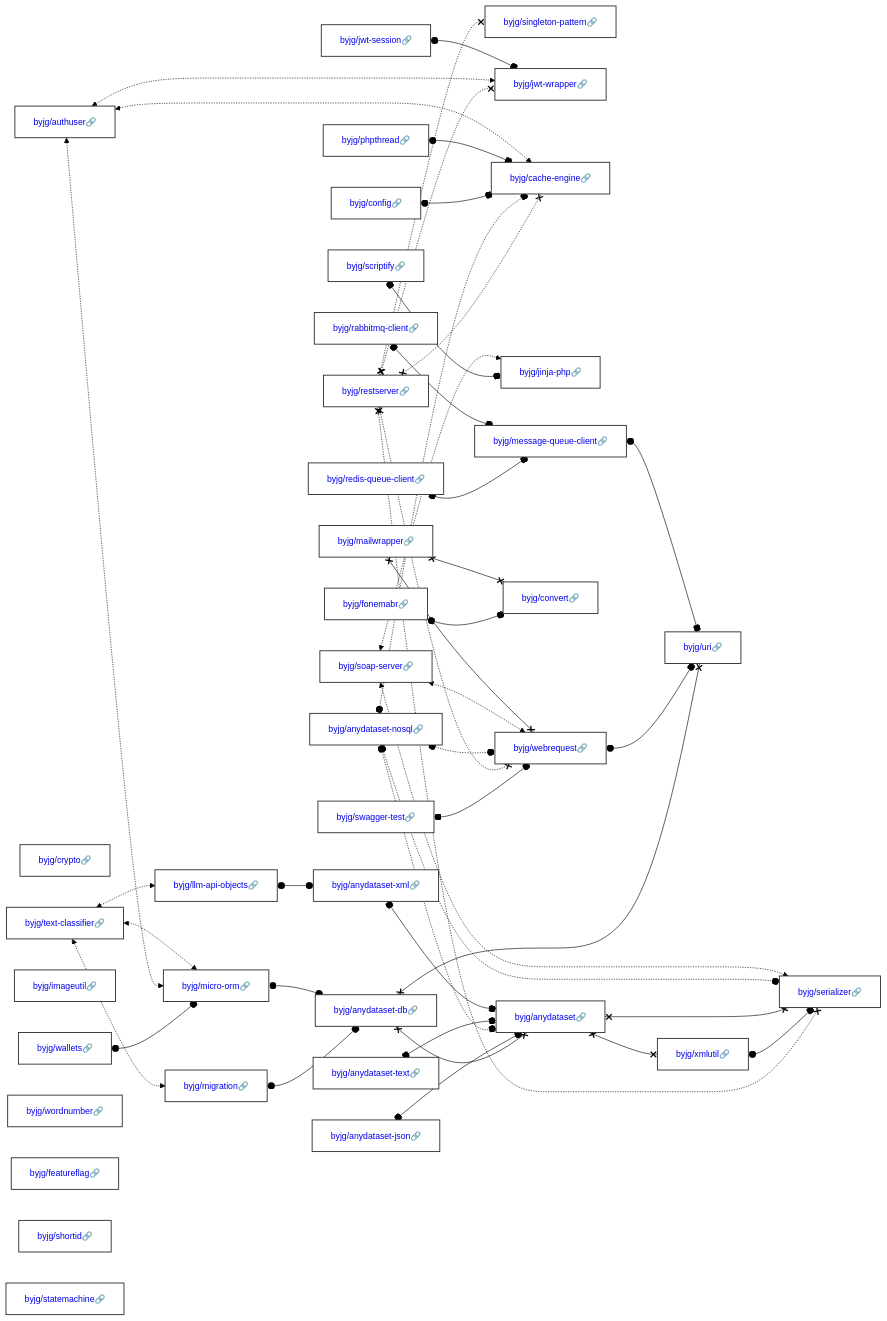
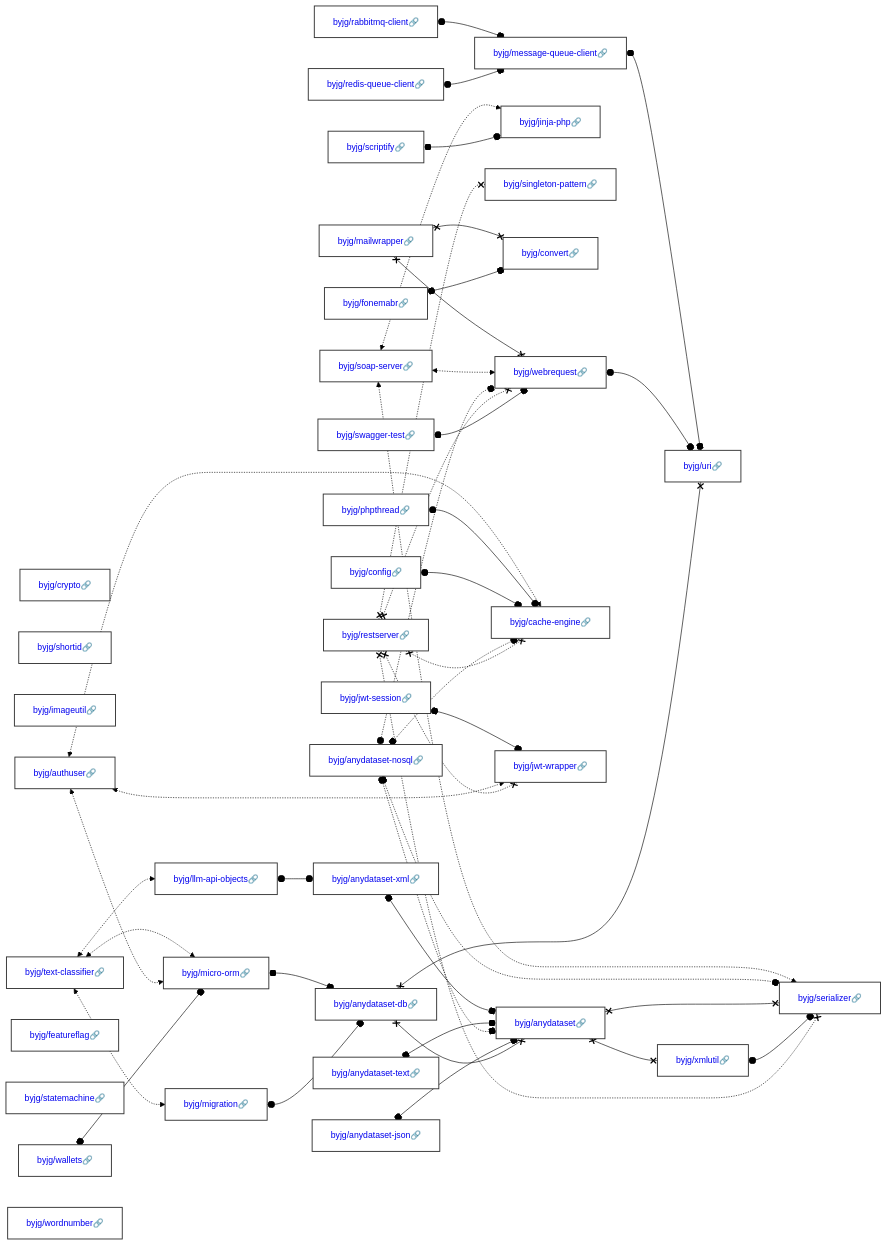
The diagram in docs/php/README.md (byjg/byjg.github.io), drawn with Mermaid (forest theme) before and after one commit. The commit also changed other lines of this file, not shown here.

Commit message:
Update documentation 'php' 'php-gluo-core'

````diff
--- a/docs/php/README.md
+++ b/docs/php/README.md
@@ -3,38 +3,38 @@
 ```mermaid
 graph LR;
+  byjg/crypto[<a href='https://opensource.byjg.com/docs/php/crypto' style='text-decoration:none'>byjg/crypto🔗</a>];
+  byjg/phpthread[<a href='https://opensource.byjg.com/docs/php/phpthread' style='text-decoration:none'>byjg/phpthread🔗</a>];
+  byjg/swagger-test[<a href='https://opensource.byjg.com/docs/php/swagger-test' style='text-decoration:none'>byjg/swagger-test🔗</a>];
+  byjg/anydataset-nosql[<a href='https://opensource.byjg.com/docs/php/anydataset-nosql' style='text-decoration:none'>byjg/anydataset-nosql🔗</a>];
+  byjg/scriptify[<a href='https://opensource.byjg.com/docs/php/scriptify' style='text-decoration:none'>byjg/scriptify🔗</a>];
+  byjg/rabbitmq-client[<a href='https://opensource.byjg.com/docs/php/rabbitmq-client' style='text-decoration:none'>byjg/rabbitmq-client🔗</a>];
+  byjg/shortid[<a href='https://opensource.byjg.com/docs/php/shortid' style='text-decoration:none'>byjg/shortid🔗</a>];
+  byjg/anydataset-json[<a href='https://opensource.byjg.com/docs/php/anydataset-json' style='text-decoration:none'>byjg/anydataset-json🔗</a>];
+  byjg/redis-queue-client[<a href='https://opensource.byjg.com/docs/php/redis-queue-client' style='text-decoration:none'>byjg/redis-queue-client🔗</a>];
+  byjg/config[<a href='https://opensource.byjg.com/docs/php/config' style='text-decoration:none'>byjg/config🔗</a>];
+  byjg/imageutil[<a href='https://opensource.byjg.com/docs/php/imageutil' style='text-decoration:none'>byjg/imageutil🔗</a>];
+  byjg/anydataset-text[<a href='https://opensource.byjg.com/docs/php/anydataset-text' style='text-decoration:none'>byjg/anydataset-text🔗</a>];
+  byjg/soap-server[<a href='https://opensource.byjg.com/docs/php/soap-server' style='text-decoration:none'>byjg/soap-server🔗</a>];
   byjg/restserver[<a href='https://opensource.byjg.com/docs/php/restserver' style='text-decoration:none'>byjg/restserver🔗</a>];
-  byjg/anydataset-text[<a href='https://opensource.byjg.com/docs/php/anydataset-text' style='text-decoration:none'>byjg/anydataset-text🔗</a>];
+  byjg/wallets[<a href='https://opensource.byjg.com/docs/php/wallets' style='text-decoration:none'>byjg/wallets🔗</a>];
+  byjg/text-classifier[<a href='https://opensource.byjg.com/docs/php/text-classifier' style='text-decoration:none'>byjg/text-classifier🔗</a>];
   byjg/jwt-session[<a href='https://opensource.byjg.com/docs/php/jwt-session' style='text-decoration:none'>byjg/jwt-session🔗</a>];
-  byjg/wallets[<a href='https://opensource.byjg.com/docs/php/wallets' style='text-decoration:none'>byjg/wallets🔗</a>];
-  byjg/crypto[<a href='https://opensource.byjg.com/docs/php/crypto' style='text-decoration:none'>byjg/crypto🔗</a>];
-  byjg/rabbitmq-client[<a href='https://opensource.byjg.com/docs/php/rabbitmq-client' style='text-decoration:none'>byjg/rabbitmq-client🔗</a>];
-  byjg/text-classifier[<a href='https://opensource.byjg.com/docs/php/text-classifier' style='text-decoration:none'>byjg/text-classifier🔗</a>];
-  byjg/imageutil[<a href='https://opensource.byjg.com/docs/php/imageutil' style='text-decoration:none'>byjg/imageutil🔗</a>];
+  byjg/featureflag[<a href='https://opensource.byjg.com/docs/php/featureflag' style='text-decoration:none'>byjg/featureflag🔗</a>];
+  byjg/fonemabr[<a href='https://opensource.byjg.com/docs/php/fonemabr' style='text-decoration:none'>byjg/fonemabr🔗</a>];
+  byjg/mailwrapper[<a href='https://opensource.byjg.com/docs/php/mailwrapper' style='text-decoration:none'>byjg/mailwrapper🔗</a>];
+  byjg/statemachine[<a href='https://opensource.byjg.com/docs/php/statemachine' style='text-decoration:none'>byjg/statemachine🔗</a>];
   byjg/authuser[<a href='https://opensource.byjg.com/docs/php/authuser' style='text-decoration:none'>byjg/authuser🔗</a>];
-  byjg/anydataset-nosql[<a href='https://opensource.byjg.com/docs/php/anydataset-nosql' style='text-decoration:none'>byjg/anydataset-nosql🔗</a>];
   byjg/wordnumber[<a href='https://opensource.byjg.com/docs/php/wordnumber' style='text-decoration:none'>byjg/wordnumber🔗</a>];
-  byjg/swagger-test[<a href='https://opensource.byjg.com/docs/php/swagger-test' style='text-decoration:none'>byjg/swagger-test🔗</a>];
-  byjg/fonemabr[<a href='https://opensource.byjg.com/docs/php/fonemabr' style='text-decoration:none'>byjg/fonemabr🔗</a>];
-  byjg/featureflag[<a href='https://opensource.byjg.com/docs/php/featureflag' style='text-decoration:none'>byjg/featureflag🔗</a>];
-  byjg/phpthread[<a href='https://opensource.byjg.com/docs/php/phpthread' style='text-decoration:none'>byjg/phpthread🔗</a>];
-  byjg/anydataset-json[<a href='https://opensource.byjg.com/docs/php/anydataset-json' style='text-decoration:none'>byjg/anydataset-json🔗</a>];
-  byjg/scriptify[<a href='https://opensource.byjg.com/docs/php/scriptify' style='text-decoration:none'>byjg/scriptify🔗</a>];
-  byjg/config[<a href='https://opensource.byjg.com/docs/php/config' style='text-decoration:none'>byjg/config🔗</a>];
-  byjg/shortid[<a href='https://opensource.byjg.com/docs/php/shortid' style='text-decoration:none'>byjg/shortid🔗</a>];
-  byjg/soap-server[<a href='https://opensource.byjg.com/docs/php/soap-server' style='text-decoration:none'>byjg/soap-server🔗</a>];
-  byjg/statemachine[<a href='https://opensource.byjg.com/docs/php/statemachine' style='text-decoration:none'>byjg/statemachine🔗</a>];
-  byjg/redis-queue-client[<a href='https://opensource.byjg.com/docs/php/redis-queue-client' style='text-decoration:none'>byjg/redis-queue-client🔗</a>];
-  byjg/mailwrapper[<a href='https://opensource.byjg.com/docs/php/mailwrapper' style='text-decoration:none'>byjg/mailwrapper🔗</a>];
+  byjg/message-queue-client[<a href='https://opensource.byjg.com/docs/php/message-queue-client' style='text-decoration:none'>byjg/message-queue-client🔗</a>];
+  byjg/jinja-php[<a href='https://opensource.byjg.com/docs/php/jinja-php' style='text-decoration:none'>byjg/jinja-php🔗</a>];
   byjg/singleton-pattern[<a href='https://opensource.byjg.com/docs/php/singleton-pattern' style='text-decoration:none'>byjg/singleton-pattern🔗</a>];
   byjg/migration[<a href='https://opensource.byjg.com/docs/php/migration' style='text-decoration:none'>byjg/migration🔗</a>];
   byjg/llm-api-objects[<a href='https://opensource.byjg.com/docs/php/llm-api-objects' style='text-decoration:none'>byjg/llm-api-objects🔗</a>];
-  byjg/micro-orm[<a href='https://opensource.byjg.com/docs/php/micro-orm' style='text-decoration:none'>byjg/micro-orm🔗</a>];
-  byjg/jwt-wrapper[<a href='https://opensource.byjg.com/docs/php/jwt-wrapper' style='text-decoration:none'>byjg/jwt-wrapper🔗</a>];
-  byjg/cache-engine[<a href='https://opensource.byjg.com/docs/php/cache-engine' style='text-decoration:none'>byjg/cache-engine🔗</a>];
-  byjg/jinja-php[<a href='https://opensource.byjg.com/docs/php/jinja-php' style='text-decoration:none'>byjg/jinja-php🔗</a>];
-  byjg/message-queue-client[<a href='https://opensource.byjg.com/docs/php/message-queue-client' style='text-decoration:none'>byjg/message-queue-client🔗</a>];
   byjg/convert[<a href='https://opensource.byjg.com/docs/php/convert' style='text-decoration:none'>byjg/convert🔗</a>];
   byjg/webrequest[<a href='https://opensource.byjg.com/docs/php/webrequest' style='text-decoration:none'>byjg/webrequest🔗</a>];
+  byjg/micro-orm[<a href='https://opensource.byjg.com/docs/php/micro-orm' style='text-decoration:none'>byjg/micro-orm🔗</a>];
+  byjg/cache-engine[<a href='https://opensource.byjg.com/docs/php/cache-engine' style='text-decoration:none'>byjg/cache-engine🔗</a>];
+  byjg/jwt-wrapper[<a href='https://opensource.byjg.com/docs/php/jwt-wrapper' style='text-decoration:none'>byjg/jwt-wrapper🔗</a>];
   byjg/anydataset-xml[<a href='https://opensource.byjg.com/docs/php/anydataset-xml' style='text-decoration:none'>byjg/anydataset-xml🔗</a>];
   byjg/anydataset-db[<a href='https://opensource.byjg.com/docs/php/anydataset-db' style='text-decoration:none'>byjg/anydataset-db🔗</a>];
   byjg/anydataset[<a href='https://opensource.byjg.com/docs/php/anydataset' style='text-decoration:none'>byjg/anydataset🔗</a>];
````
